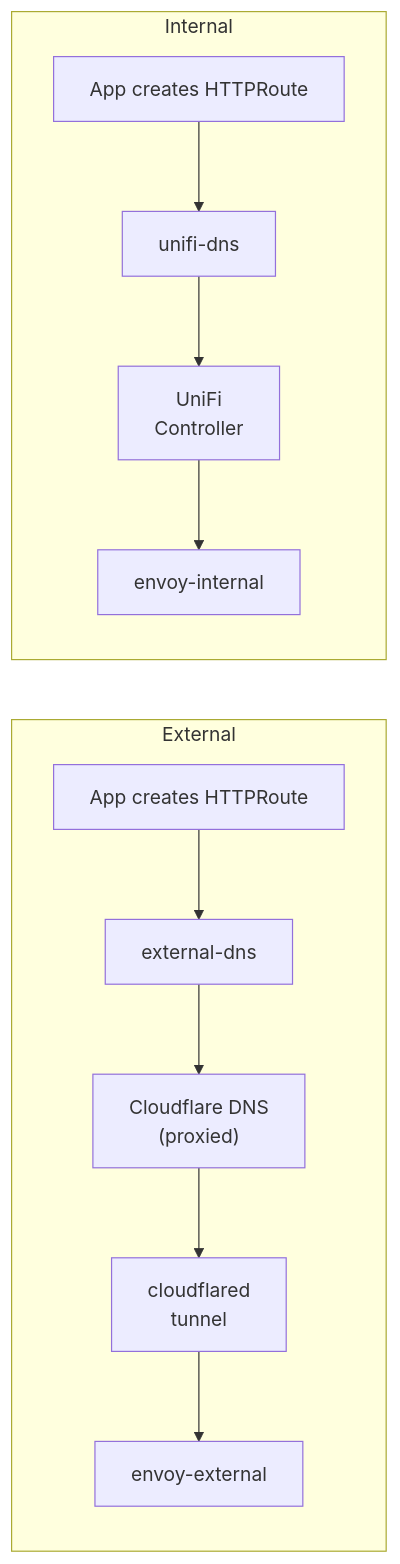
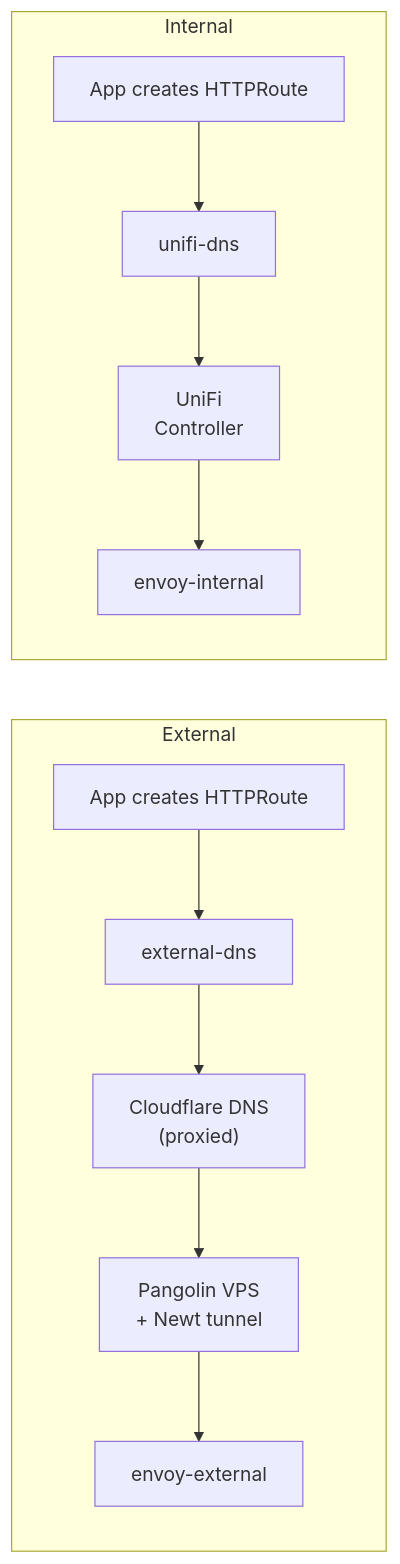
Before and after one commit to tscibilia/home-ops: the diagram in docs/apps/network.md, drawn with Mermaid. The commit also changed other lines of this file and 7 other files, not shown here.

````diff
--- a/docs/apps/network.md
+++ b/docs/apps/network.md
@@ -31,9 +31,9 @@
 ```mermaid
 flowchart LR
     subgraph External
-        A1["App creates HTTPRoute"] --> B1["external-dns"] --> C1["Cloudflare DNS\n(proxied)"] --> D1["cloudflared\ntunnel"] --> E1["envoy-external"]
+        A1["App creates HTTPRoute"] --> B1["external-dns"] --> C1["Cloudflare DNS\n(proxied)"] --> D1["Pangolin VPS\n+ Newt tunnel"] --> E1["envoy-external"]
     end
     subgraph Internal
         A2["App creates HTTPRoute"] --> B2["unifi-dns"] --> C2["UniFi\nController"] --> E2["envoy-internal"]
     end
 ```
````
